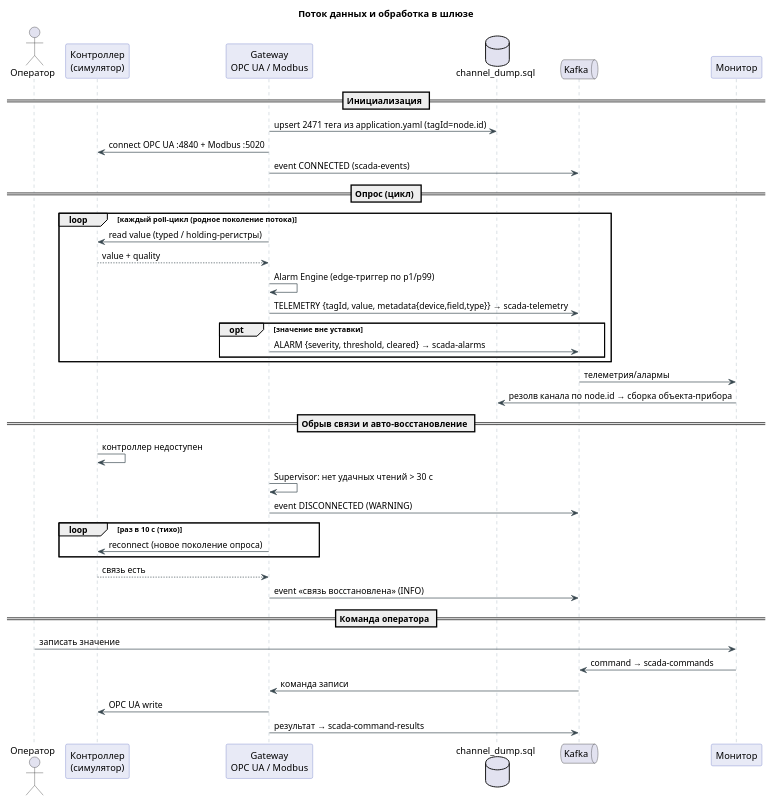
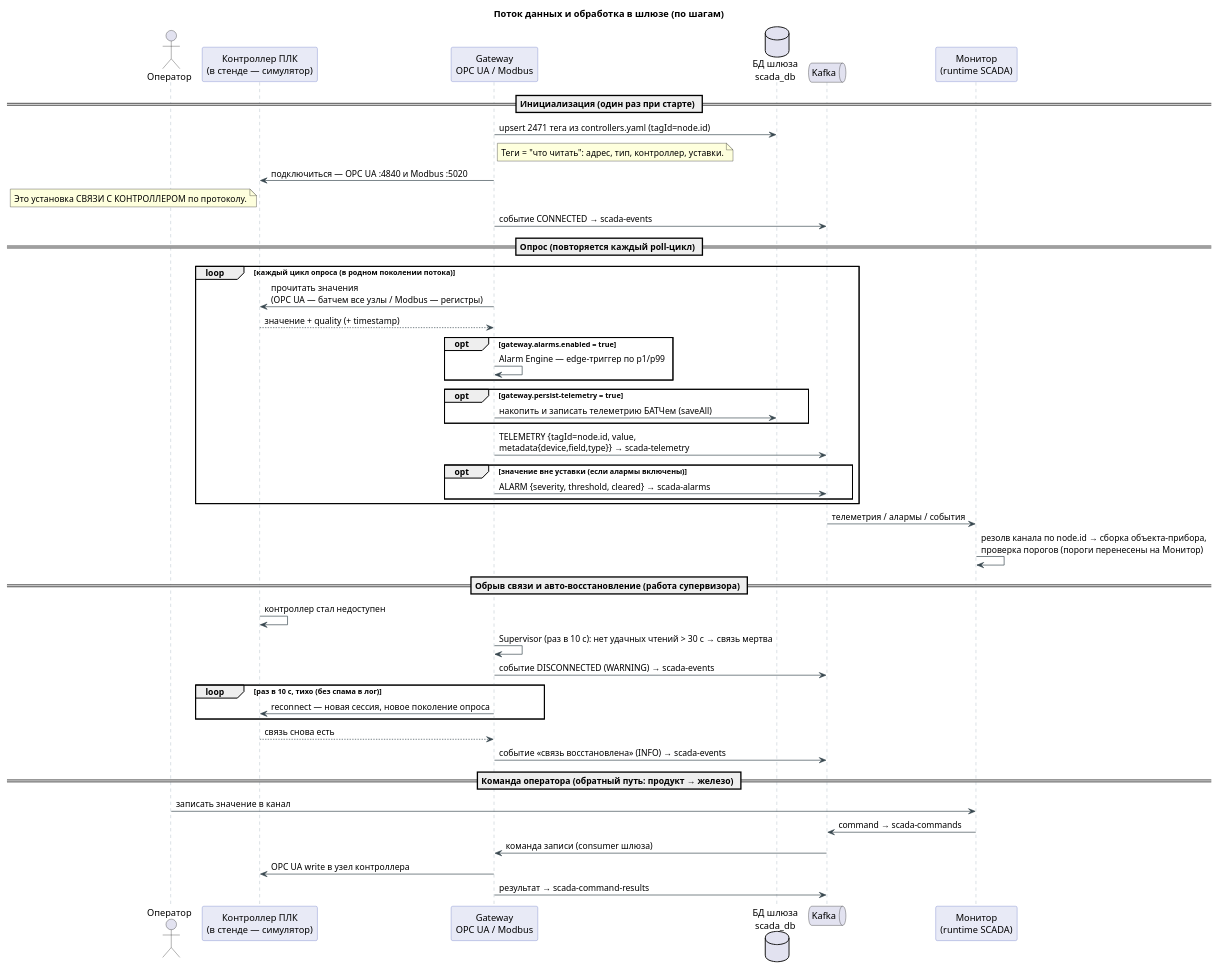
The second of 3 diagrams in docs/architecture.puml (EuZireael/scada-gateway), drawn with PlantUML before and after one commit. The commit also changed other lines of this file and 7 other files, not shown here.

First line of the commit message:
Интеграция шлюза с монитором + доводка Kafka-пути телеметрии

```diff
--- a/docs/architecture.puml
+++ b/docs/architecture.puml
@@ -98,57 +196,65 @@
 @startuml SCADA-Gateway-Dataflow
 ' ============================================================================
-'  Поток данных: контроллер → шлюз → Kafka → монитор (+ авто-reconnect, алармы)
+'  Поток данных во времени: контроллер → шлюз → Kafka → монитор
+'  (+ авто-reconnect супервизором, алармы, команда оператора)
 ' ============================================================================
-title Поток данных и обработка в шлюзе
+title Поток данных и обработка в шлюзе (по шагам)
 
 skinparam shadowing false
 skinparam defaultFontName "Segoe UI"
 skinparam sequence {
   ArrowColor #37474F
   LifeLineBorderColor #90A4AE
   ParticipantBorderColor #5C6BC0
   ParticipantBackgroundColor #E8EAF6
 }
 
 actor "Оператор" as OP
-participant "Контроллер\n(симулятор)" as PLC
+participant "Контроллер ПЛК\n(в стенде — симулятор)" as PLC
 participant "Gateway\nOPC UA / Modbus" as GW
-database "channel_dump.sql" as DB
+database "БД шлюза\nscada_db" as DB
 queue "Kafka" as K
-participant "Монитор" as MON
+participant "Монитор\n(runtime SCADA)" as MON
 
-== Инициализация ==
-GW -> DB : upsert 2471 тега из application.yaml (tagId=node.id)
-GW -> PLC : connect OPC UA :4840 + Modbus :5020
-GW -> K   : event CONNECTED (scada-events)
+== Инициализация (один раз при старте) ==
+GW -> DB : upsert 2471 тега из controllers.yaml (tagId=node.id)
+note right of GW : Теги = "что читать": адрес, тип, контроллер, уставки.
+GW -> PLC : подключиться — OPC UA :4840 и Modbus :5020
+note left of PLC : Это установка СВЯЗИ С КОНТРОЛЛЕРОМ по протоколу.
+GW -> K   : событие CONNECTED → scada-events
 
-== Опрос (цикл) ==
-loop каждый poll-цикл (родное поколение потока)
-  GW -> PLC : read value (typed / holding-регистры)
-  PLC --> GW : value + quality
-  GW -> GW  : Alarm Engine (edge-триггер по p1/p99)
-  GW -> K   : TELEMETRY {tagId, value, metadata{device,field,type}} → scada-telemetry
-  opt значение вне уставки
+== Опрос (повторяется каждый poll-цикл) ==
+loop каждый цикл опроса (в родном поколении потока)
+  GW -> PLC : прочитать значения\n(OPC UA — батчем все узлы / Modbus — регистры)
+  PLC --> GW : значение + quality (+ timestamp)
+  opt gateway.alarms.enabled = true
+    GW -> GW : Alarm Engine — edge-триггер по p1/p99
+  end
+  opt gateway.persist-telemetry = true
+    GW -> DB : накопить и записать телеметрию БАТЧем (saveAll)
+  end
+  GW -> K  : TELEMETRY {tagId=node.id, value,\nmetadata{device,field,type}} → scada-telemetry
+  opt значение вне уставки (если алармы включены)
     GW -> K : ALARM {severity, threshold, cleared} → scada-alarms
   end
 end
-K -> MON : телеметрия/алармы
-MON -> DB : резолв канала по node.id → сборка объекта-прибора
+K -> MON : телеметрия / алармы / события
+MON -> MON : резолв канала по node.id → сборка объекта-прибора,\nпроверка порогов (пороги перенесены на Монитор)
 
-== Обрыв связи и авто-восстановление ==
-PLC -> PLC : контроллер недоступен
-GW -> GW   : Supervisor: нет удачных чтений > 30 c
-GW -> K    : event DISCONNECTED (WARNING)
-loop раз в 10 c (тихо)
-  GW -> PLC : reconnect (новое поколение опроса)
+== Обрыв связи и авто-восстановление (работа супервизора) ==
+PLC -> PLC : контроллер стал недоступен
+GW -> GW   : Supervisor (раз в 10 с): нет удачных чтений > 30 c → связь мертва
+GW -> K    : событие DISCONNECTED (WARNING) → scada-events
+loop раз в 10 c, тихо (без спама в лог)
+  GW -> PLC : reconnect — новая сессия, новое поколение опроса
 end
-PLC --> GW : связь есть
-GW -> K    : event «связь восстановлена» (INFO)
+PLC --> GW : связь снова есть
+GW -> K    : событие «связь восстановлена» (INFO) → scada-events
 
-== Команда оператора ==
-OP -> MON : записать значение
+== Команда оператора (обратный путь: продукт → железо) ==
+OP -> MON : записать значение в канал
 MON -> K  : command → scada-commands
-K -> GW   : команда записи
-GW -> PLC : OPC UA write
+K -> GW   : команда записи (consumer шлюза)
+GW -> PLC : OPC UA write в узел контроллера
 GW -> K   : результат → scada-command-results
 @enduml
```
